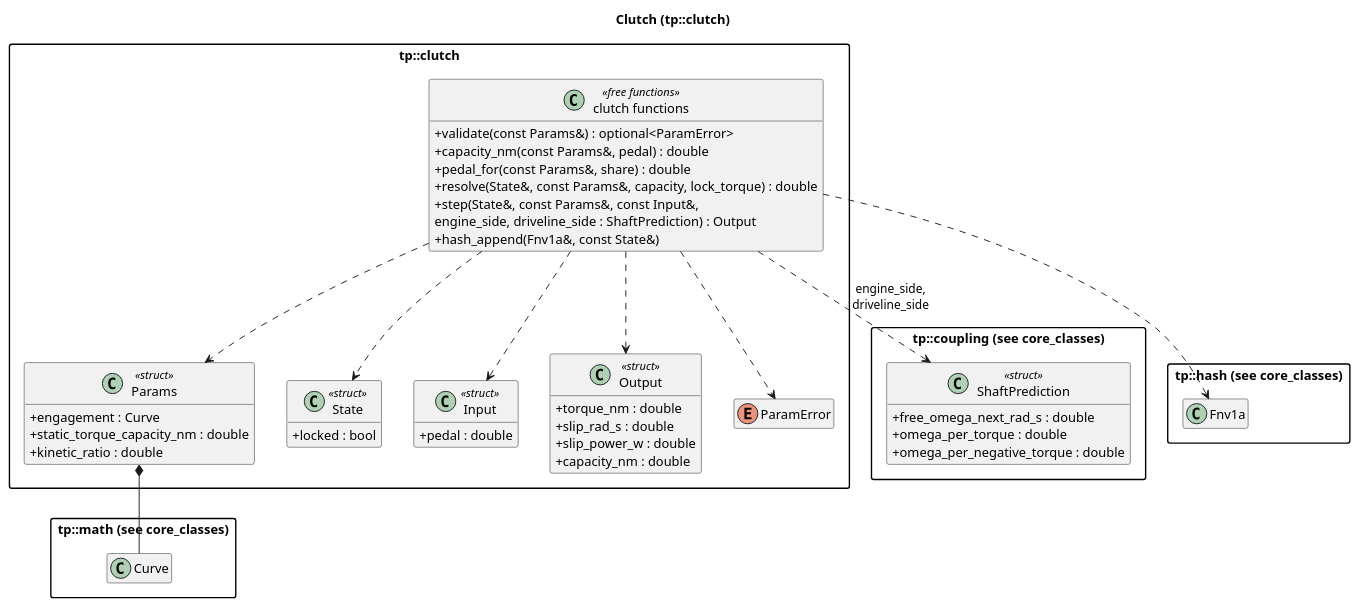
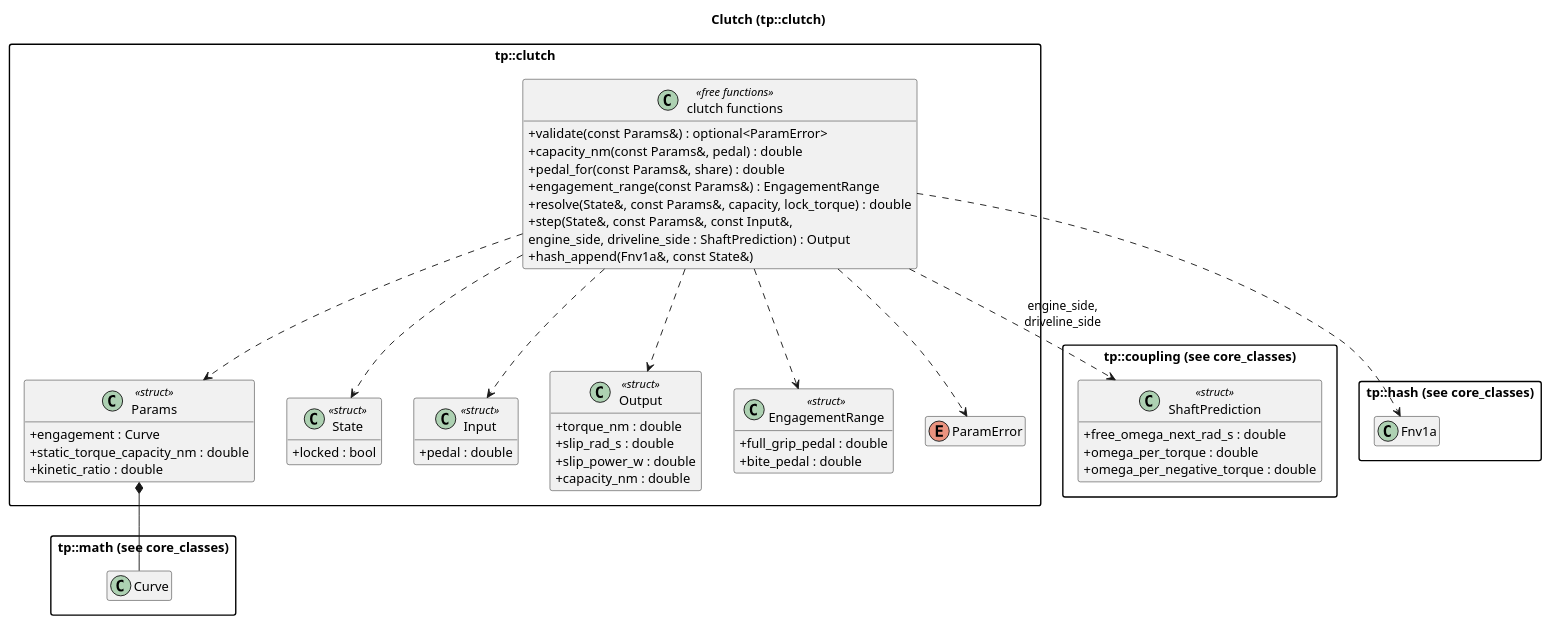
Before and after one commit to wversteeg/TractorPulling: the diagram in docs/diagrams/clutch_classes.puml, drawn with PlantUML. The commit also changed 28 other files, not shown here.

First line of the commit message:
Settings behind a gear, tilt steering, the clutch's slipping range marked

```diff
--- a/docs/diagrams/clutch_classes.puml
+++ b/docs/diagrams/clutch_classes.puml
@@ -1,59 +1,65 @@
 @startuml clutch_classes
 title Clutch (tp::clutch)
 hide empty members
 skinparam packageStyle rectangle
 skinparam classAttributeIconSize 0
 
 package "tp::math (see core_classes)" {
   class Curve
 }
 package "tp::coupling (see core_classes)" {
   class ShaftPrediction <<struct>> {
     +free_omega_next_rad_s : double
     +omega_per_torque : double
     +omega_per_negative_torque : double
   }
 }
 package "tp::hash (see core_classes)" {
   class Fnv1a
 }
 
   package "tp::clutch" {
     class "Params" as ClutchParams <<struct>> {
       +engagement : Curve
       +static_torque_capacity_nm : double
       +kinetic_ratio : double
     }
     class "State" as ClutchState <<struct>> {
       +locked : bool
     }
     class "Input" as ClutchInput <<struct>> {
       +pedal : double
     }
     class "Output" as ClutchOutput <<struct>> {
       +torque_nm : double
       +slip_rad_s : double
       +slip_power_w : double
       +capacity_nm : double
     }
+    class "EngagementRange" as ClutchRange <<struct>> {
+      +full_grip_pedal : double
+      +bite_pedal : double
+    }
     enum "ParamError" as ClutchParamError
     class "clutch functions" as ClutchFns <<free functions>> {
       +validate(const Params&) : optional<ParamError>
       +capacity_nm(const Params&, pedal) : double
       +pedal_for(const Params&, share) : double
+      +engagement_range(const Params&) : EngagementRange
       +resolve(State&, const Params&, capacity, lock_torque) : double
       +step(State&, const Params&, const Input&,
             engine_side, driveline_side : ShaftPrediction) : Output
       +hash_append(Fnv1a&, const State&)
     }
     ClutchParams *-- Curve
     ClutchFns ..> ClutchParams
     ClutchFns ..> ClutchState
     ClutchFns ..> ClutchInput
     ClutchFns ..> ClutchOutput
     ClutchFns ..> ClutchParamError
+    ClutchFns ..> ClutchRange
   }
 
 ClutchFns ..> ShaftPrediction : engine_side,\ndriveline_side
 ClutchFns ..> Fnv1a
 @enduml
```
